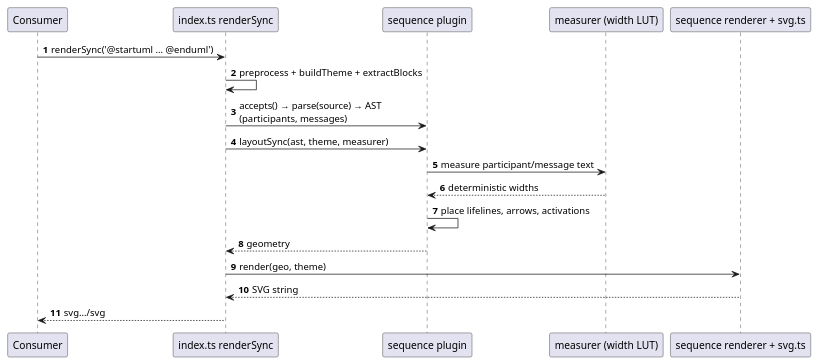
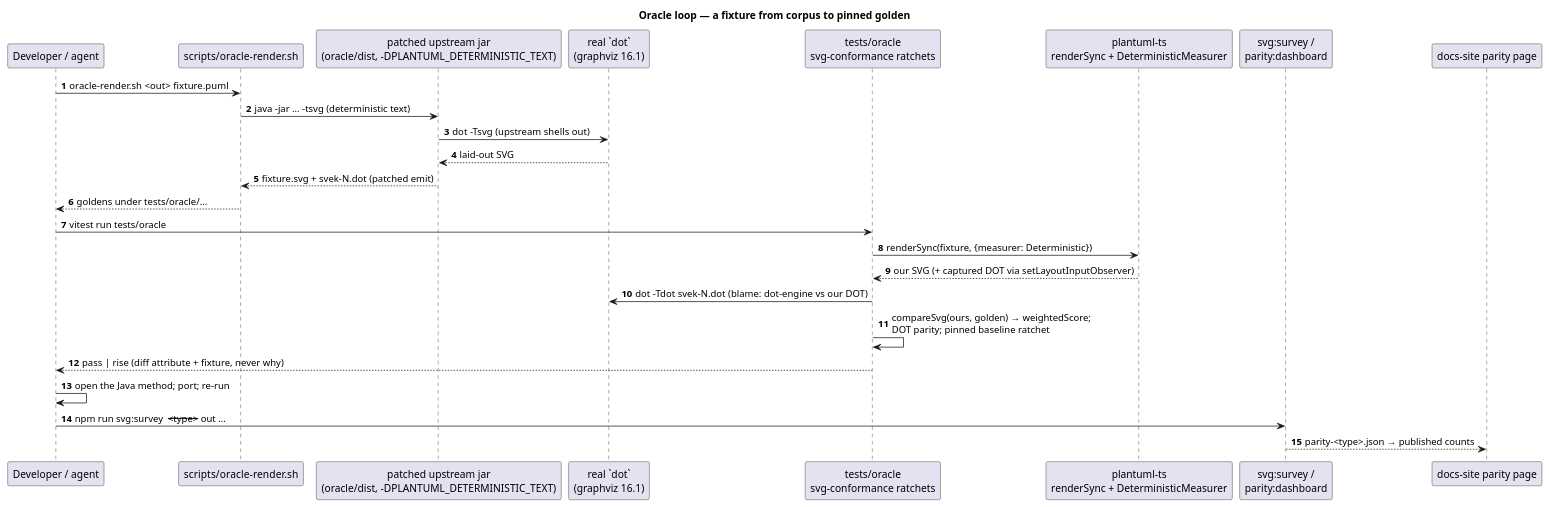
The fourth of 4 diagrams in docs/architecture/data-flow.md (knowvah/plantuml-ts), drawn with PlantUML before and after one commit. The commit also changed other lines of this file and 5 other files, not shown here.

First line of the commit message:
docs(architecture): refresh architecture docs after ddc

````diff
--- a/docs/architecture/data-flow.md
+++ b/docs/architecture/data-flow.md
@@ -99,21 +177,30 @@
 ```plantuml
 @startuml
+title Oracle loop — a fixture from corpus to pinned golden
 autonumber
-participant "Consumer" as App
-participant "index.ts renderSync" as API
-participant "sequence plugin" as Plg
-participant "measurer (width LUT)" as Meas
-participant "sequence renderer + svg.ts" as Ren
-App -> API : renderSync('@startuml … @enduml')
-API -> API : preprocess + buildTheme + extractBlocks
-API -> Plg : accepts() → parse(source) → AST\n(participants, messages)
-API -> Plg : layoutSync(ast, theme, measurer)
-Plg -> Meas : measure participant/message text
-Meas --> Plg : deterministic widths
-Plg -> Plg : place lifelines, arrows, activations
-Plg --> API : geometry
-API -> Ren : render(geo, theme)
-Ren --> API : SVG string
-API --> App : svg…/svg
+participant "Developer / agent" as DEV
+participant "scripts/oracle-render.sh" as ORS
+participant "patched upstream jar\n(oracle/dist, -DPLANTUML_DETERMINISTIC_TEXT)" as JAR
+participant "real `dot`\n(graphviz 16.1)" as GV
+participant "tests/oracle\nsvg-conformance ratchets" as TO
+participant "plantuml-ts\nrenderSync + DeterministicMeasurer" as PTS
+participant "svg:survey /\nparity:dashboard" as SURVEY
+participant "docs-site parity page" as DOCS
+
+DEV -> ORS : oracle-render.sh <out> fixture.puml
+ORS -> JAR : java -jar … -tsvg (deterministic text)
+JAR -> GV : dot -Tsvg (upstream shells out)
+GV --> JAR : laid-out SVG
+JAR --> ORS : fixture.svg + svek-N.dot (patched emit)
+ORS --> DEV : goldens under tests/oracle/…
+DEV -> TO : vitest run tests/oracle
+TO -> PTS : renderSync(fixture, {measurer: Deterministic})
+PTS --> TO : our SVG (+ captured DOT via setLayoutInputObserver)
+TO -> GV : dot -Tdot svek-N.dot (blame: dot-engine vs our DOT)
+TO -> TO : compareSvg(ours, golden) → weightedScore;\nDOT parity; pinned baseline ratchet
+TO --> DEV : pass | rise (diff attribute + fixture, never why)
+DEV -> DEV : open the Java method; port; re-run
+DEV -> SURVEY : npm run svg:survey -- <type> --out …
+SURVEY --> DOCS : parity-<type>.json → published counts
 @enduml
 ```
````
